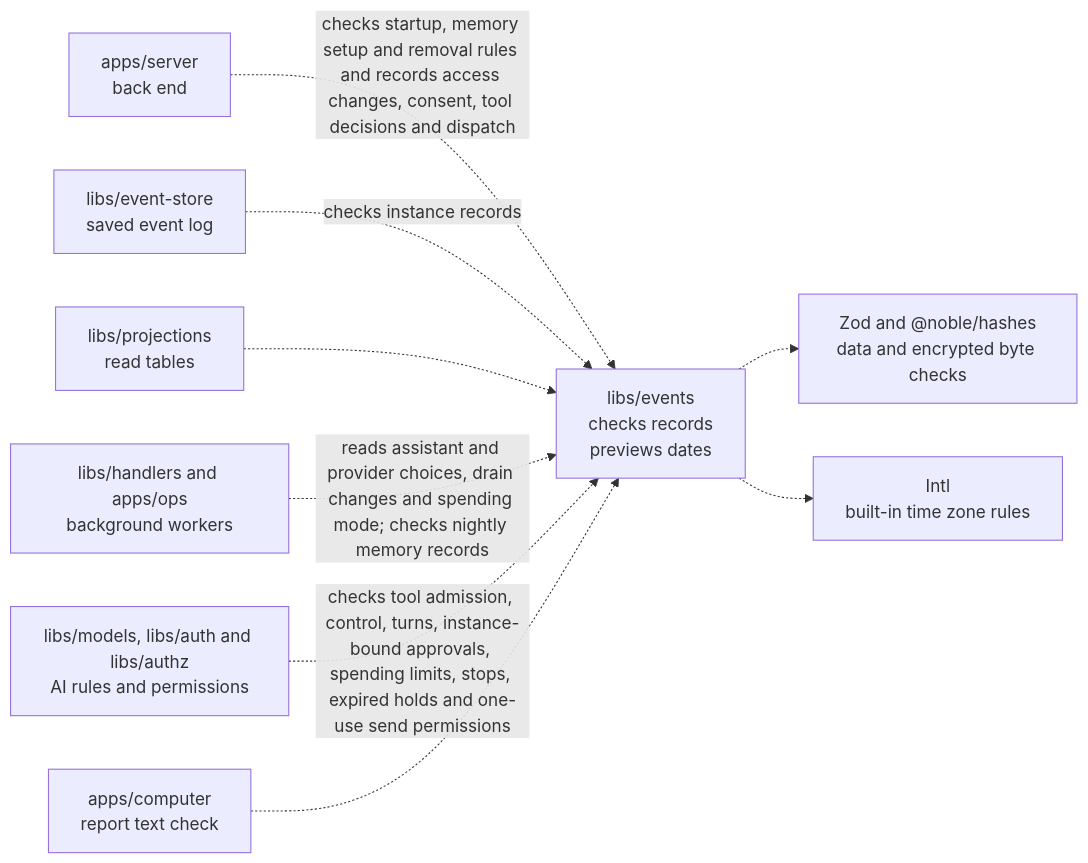
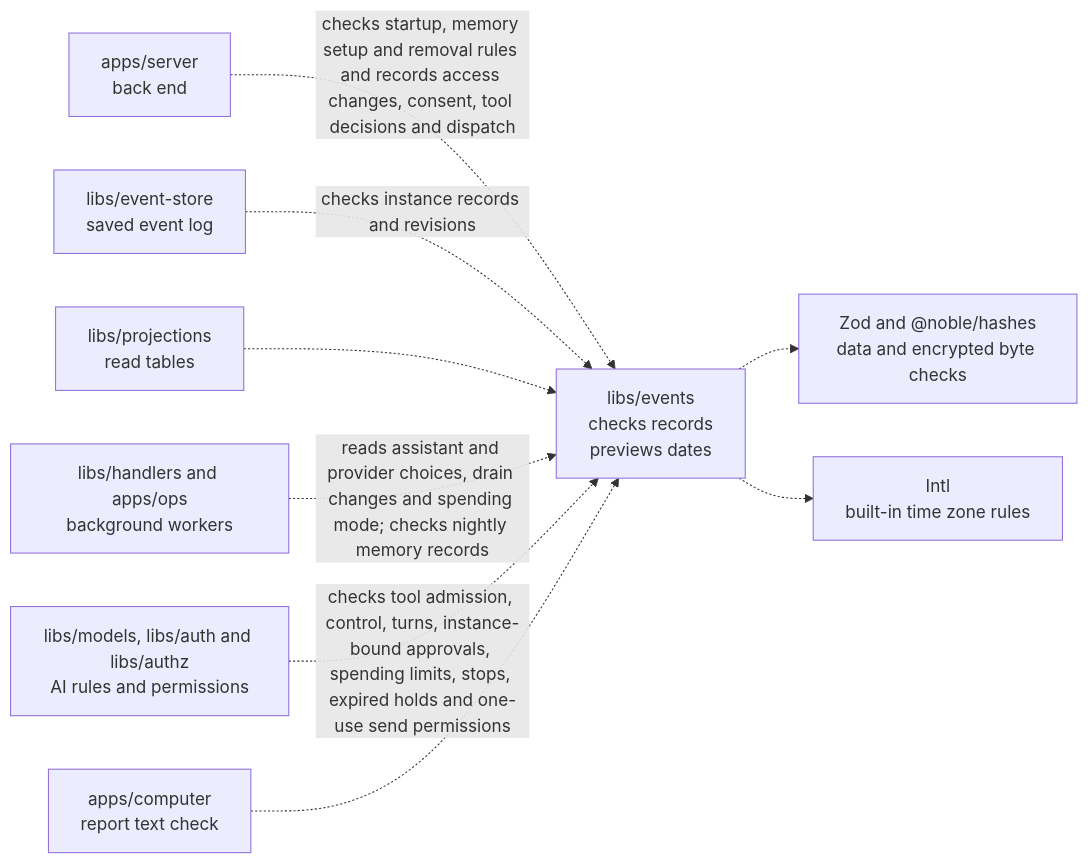
The diagram in libs/events/README.md (elewa-git/opencrane-new), drawn with Mermaid before and after one commit. The commit also changed other lines of this file and 20 other files, not shown here.

````diff
--- a/libs/events/README.md
+++ b/libs/events/README.md
@@ -25,11 +25,11 @@
 ```mermaid
 flowchart LR
   server["apps/server<br/>back end"] -.->|checks startup, memory setup and removal rules and records access changes, consent, tool decisions and dispatch| events["libs/events<br/>checks records<br/>previews dates"]
-  store["libs/event-store<br/>saved event log"] -.->|checks instance records| events
+  store["libs/event-store<br/>saved event log"] -.->|checks instance records and revisions| events
   projections["libs/projections<br/>read tables"] -.-> events
   workers["libs/handlers and apps/ops<br/>background workers"] -.->|reads assistant and provider choices, drain changes and spending mode; checks nightly memory records| events["libs/events<br/>checks records<br/>previews dates"]
   others["libs/models, libs/auth and libs/authz<br/>AI rules and permissions"] -.->|checks tool admission, control, turns, instance-bound approvals, spending limits, stops, expired holds and one-use send permissions| events
   computer["apps/computer<br/>report text check"] -.-> events
   events -.-> checks["Zod and @noble/hashes<br/>data and encrypted byte checks"]
   events -.-> zones["Intl<br/>built-in time zone rules"]
 ```
````
